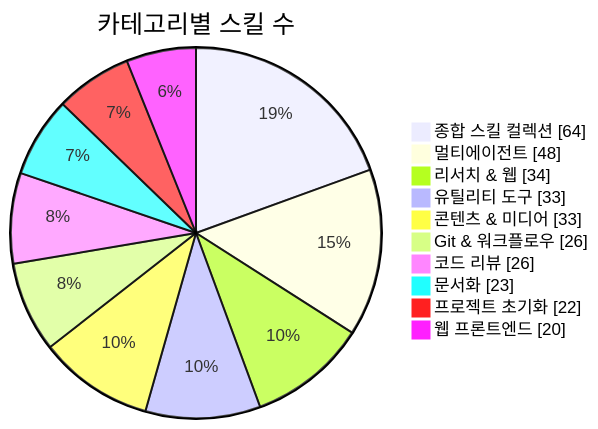
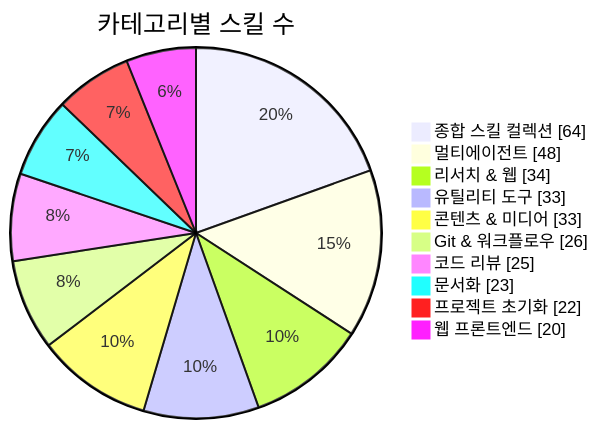
Before and after one commit to J-nowcow/awesome-korean-agent-skills: the first of 3 diagrams in README.md, drawn with Mermaid. The commit also changed other lines of this file and 5 other files, not shown here.

````diff
--- a/README.md
+++ b/README.md
@@ -176,14 +176,14 @@
 ```mermaid
 pie showData
     title 카테고리별 스킬 수
     "종합 스킬 컬렉션" : 64
     "멀티에이전트" : 48
     "리서치 & 웹" : 34
     "유틸리티 도구" : 33
     "콘텐츠 & 미디어" : 33
     "Git & 워크플로우" : 26
-    "코드 리뷰" : 26
+    "코드 리뷰" : 25
     "문서화" : 23
     "프로젝트 초기화" : 22
     "웹 프론트엔드" : 20
 ```
````
